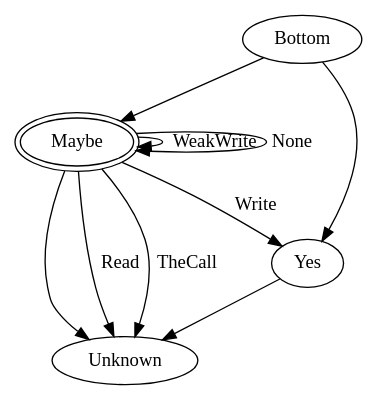
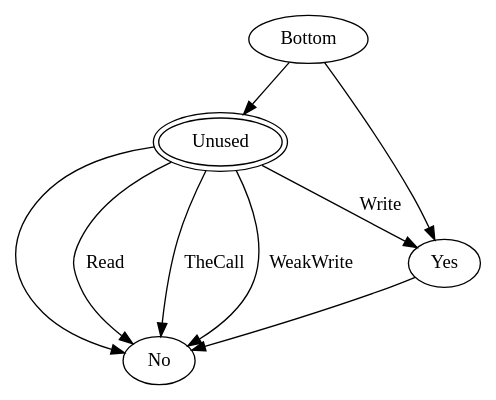
The diagram in lib/EarlyFunctionAnalysis/ABIAnalyses/MFIGraphs/RegisterArgumentsOfFunctionCall.dot (revng/revng), drawn with Graphviz before and after one commit. The commit also changed 6 other files, not shown here.

First line of the commit message:
Update Graphviz files for intraprocedural analysis

```diff
--- a/lib/EarlyFunctionAnalysis/ABIAnalyses/MFIGraphs/RegisterArgumentsOfFunctionCall.dot
+++ b/lib/EarlyFunctionAnalysis/ABIAnalyses/MFIGraphs/RegisterArgumentsOfFunctionCall.dot
@@ -1,26 +1,24 @@
 #
 # This file is distributed under the MIT License. See LICENSE.md for details.
 #
 
 digraph RegisterArgumentsOfFunctionCall {
   Bottom;
-  Maybe [peripheries=2];
+  Unused [peripheries=2];
   Yes;
-  Unknown;
+  No;
 
   # Lattice
   Bottom->Yes;
-  Bottom->Maybe;
-  Yes->Unknown;
-  Maybe->Unknown;
+  Bottom->Unused;
+  Yes->No;
+  Unused->No;
 
   # Transfer functions
-  Maybe->Yes [label="Write"];
-  Maybe->Unknown [label="Read"];
-  Maybe->Unknown [label="TheCall"];
+  Unused->Yes [label="Write"];
+  Unused->No [label="Read"];
+  Unused->No [label="TheCall"];
 
   # Prevent return values to become arguments right away
-  Maybe->Maybe [label="WeakWrite"];
-
-  Maybe->Maybe [label="None"];
+  Unused->No [label="WeakWrite"];
 }
```
